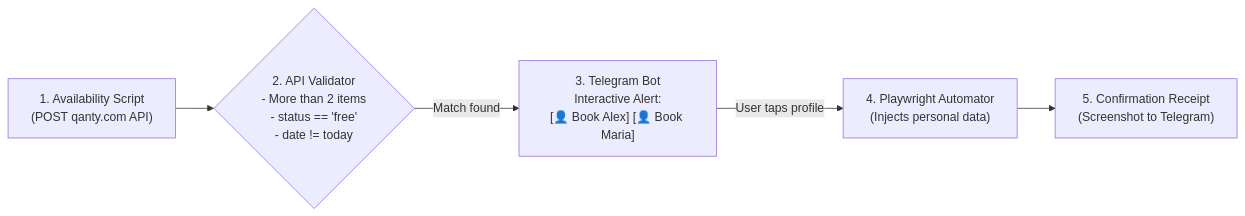
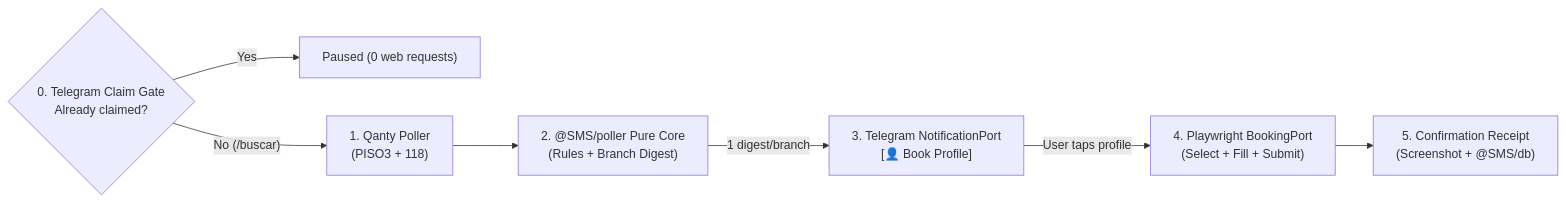
One commit to aleocampodev/SMS-Smart-Medicine-Scheduler changed the diagram in README.md. Above: the diagram before and after it, drawn with Mermaid. The commit also changed 21 other files, not shown here.

Commit message:
feat(scheduler): add 2-step Telegram gate, PISO3 branch, hexagonal ports, and dashboard

````diff
--- a/README.md
+++ b/README.md
@@ -28,7 +28,9 @@
 ```mermaid
 flowchart LR
-    A["1. Availability Script\n(POST qanty.com API)"] --> B{"2. API Validator\n- More than 2 items\n- status == 'free'\n- date != today"}
-    B -- "Match found" --> C["3. Telegram Bot\nInteractive Alert:\n[👤 Book Alex] [👤 Book Maria]"]
-    C -- "User taps profile" --> D["4. Playwright Automator\n(Injects personal data)"]
-    D --> E["5. Confirmation Receipt\n(Screenshot to Telegram)"]
+    G{"0. Telegram Claim Gate\nAlready claimed?"} -- "Yes" --> P["Paused (0 web requests)"]
+    G -- "No (/buscar)" --> A["1. Qanty Poller\n(PISO3 + 118)"]
+    A --> B["2. @SMS/poller Pure Core\n(Rules + Branch Digest)"]
+    B -- "1 digest/branch" --> C["3. Telegram NotificationPort\n[👤 Book Profile]"]
+    C -- "User taps profile" --> D["4. Playwright BookingPort\n(Select + Fill + Submit)"]
+    D --> E["5. Confirmation Receipt\n(Screenshot + @SMS/db)"]
 ```
````
